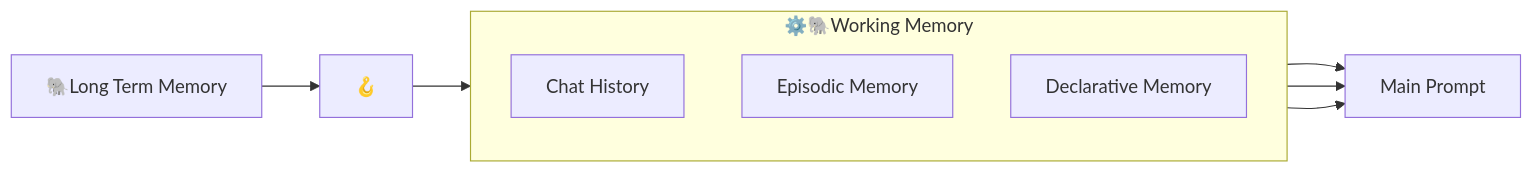
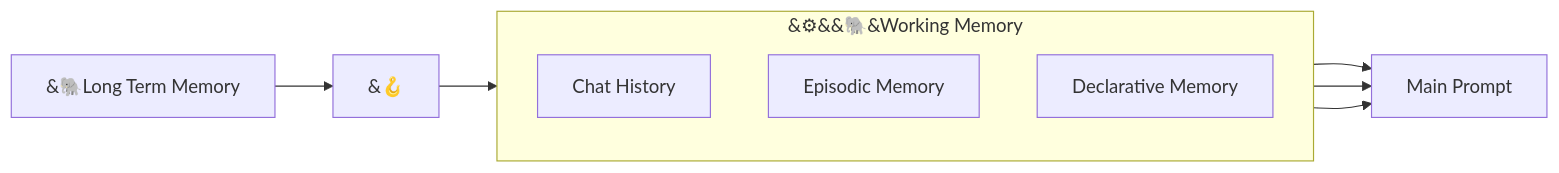
Before and after one commit to cheshire-cat-ai/docs: the diagram in mkdocs/conceptual/memory/working_memory.md, drawn with Mermaid. The commit also changed other lines of this file and 19 other files, not shown here.

````diff
--- a/mkdocs/conceptual/memory/working_memory.md
+++ b/mkdocs/conceptual/memory/working_memory.md
@@ -14,14 +14,14 @@
 ```mermaid
 flowchart LR
-    subgraph WM ["⚙️🐘️Working Memory"]
+    subgraph WM ["&#9881;&#65039;&#128024;&#65039;Working Memory"]
             direction TB
             CH[Chat History]
             C[Episodic Memory];
             D[Declarative Memory];
     end
-    A["🐘Long Term Memory"] --> E["🪝"]; 
-    E["🪝"] --> WM;
+    A["&#128024;Long Term Memory"] --> E["&#129693;"]; 
+    E["&#129693;"] --> WM;
     CH --> main_prompt[Main Prompt];
     C --> main_prompt[Main Prompt];
     D --> main_prompt[Main Prompt];
 ```
````
